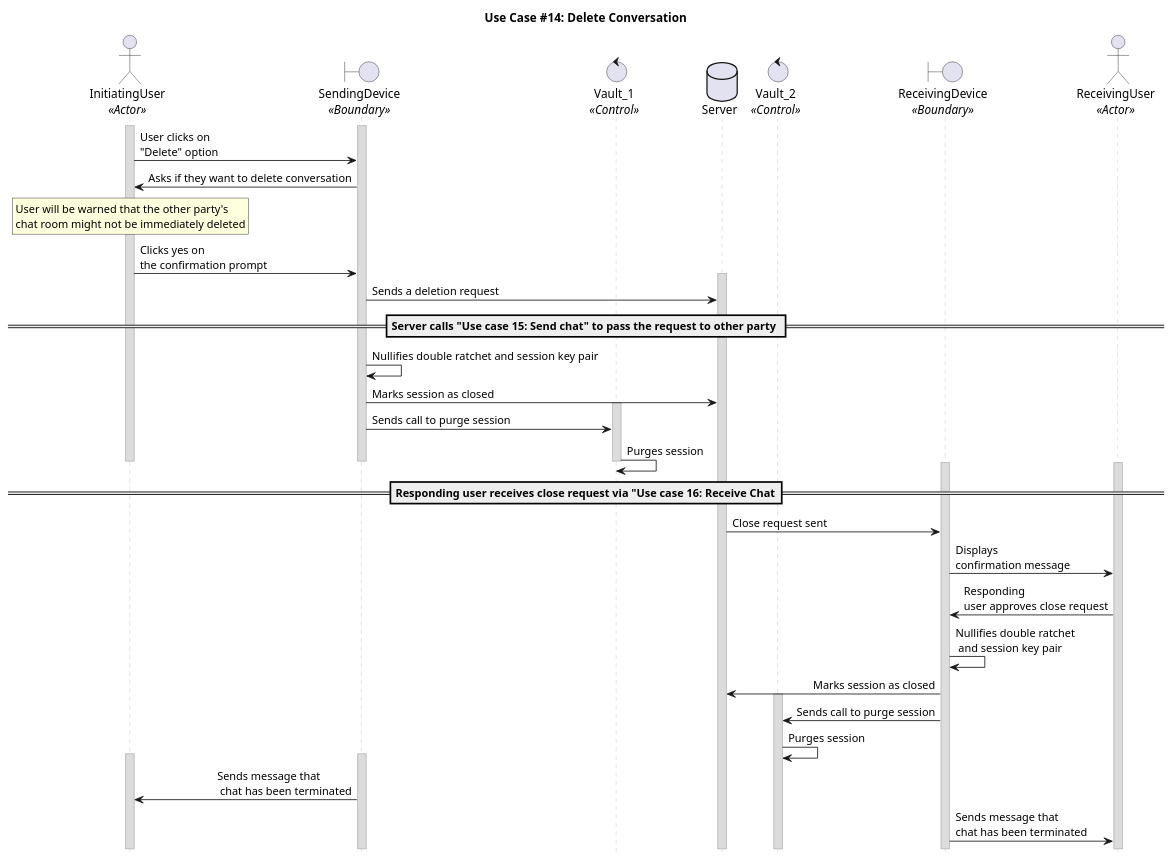
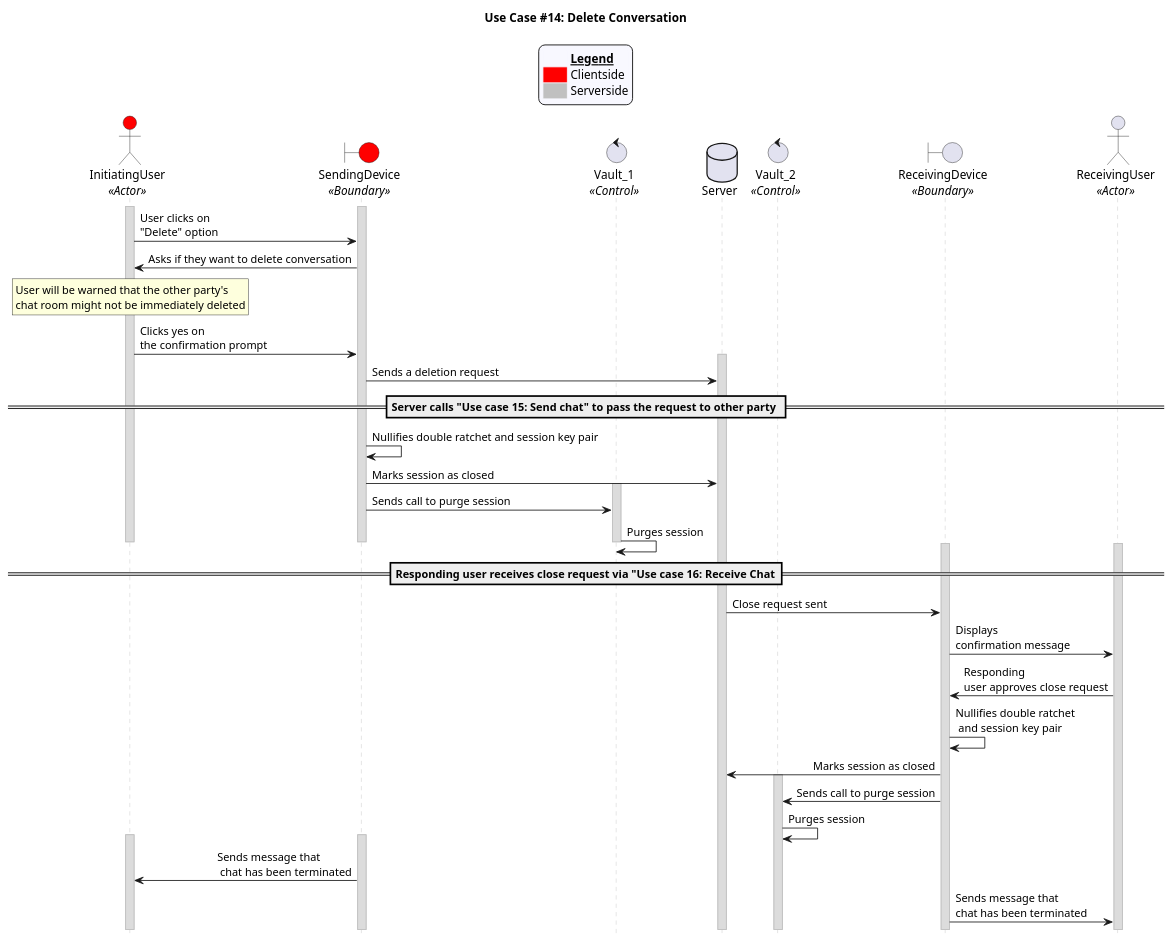
Before and after one commit to CECS-491-SP24-Group-1/seq-diagrams: the diagram in uc_14.puml, drawn with PlantUML. The commit also changed 3 other files, not shown here.

```diff
--- a/uc_14.puml
+++ b/uc_14.puml
@@ -2,74 +2,86 @@
 @startuml uc14
 title "Use Case #14: Delete Conversation"
 
 'Styling goes here
 hide footbox
 skinparam stereotypePosition bottom
 skinparam sequenceMessageAlign direction
 skinparam sequence {
 	LifeLineBorderColor #Silver
 	LifeLineBackgroundColor #Gainsboro
 }
 
+'Add a legend plus styling
+skinparam legend {
+	backgroundColor #GhostWhite
+	entrySeparator #GhostWhite
+}
+
+legend top
+	<#GhostWhite,#GhostWhite>|	|= __Legend__ |
+	|<#red> | Clientside|
+	|<#silver> | Serverside|
+endlegend
+
 'Setup the objects involved here
-Actor InitiatingUser as IUser <<Actor>>
-boundary SendingDevice as d1 <<Boundary>>
+Actor InitiatingUser as IUser <<Actor>> #red
+boundary SendingDevice as d1 <<Boundary>> #red
 control Vault_1 as v1 <<Control>>
 database Server as Server
 
 control Vault_2 as v2<<Control>>
 boundary ReceivingDevice as d2 <<Boundary>>
 Actor ReceivingUser as RUser <<Actor>>
 
 
 
 'Setup persistent objects here
 activate IUser
 activate d1
 
 '--- FLOW OF CONTROL STARTS HERE ---
 IUser -> d1 : User clicks on \n"Delete" option
 d1 -> IUser : Asks if they want to delete conversation
 
 rnote over IUser
 User will be warned that the other party's 
 chat room might not be immediately deleted
 endrnote
 
 IUser -> d1: Clicks yes on \nthe confirmation prompt
 activate Server
 d1 -> Server: Sends a deletion request 
 
 ==Server calls "Use case 15: Send chat" to pass the request to other party ==
 
 d1 -> d1: Nullifies double ratchet and session key pair
 d1 -> Server: Marks session as closed
 activate v1
 d1 -> v1 : Sends call to purge session
 v1 -> v1: Purges session 
 
 deactivate IUser
 deactivate d1
 deactivate v1
 ==Responding user receives close request via "Use case 16: Receive Chat==
 
 'Receiving user activation
 activate RUser
 activate d2
 
 Server -> d2: Close request sent
 d2-> RUser: Displays \nconfirmation message
 RUser -> d2 : Responding \nuser approves close request
 d2 -> d2: Nullifies double ratchet\n and session key pair
 d2 -> Server: Marks session as closed
 activate v2
 d2 -> v2: Sends call to purge session 
 v2 -> v2: Purges session
 
 activate IUser
 activate d1
 d1 -> IUser: Sends message that\n chat has been terminated
 d2 -> RUser: Sends message that\nchat has been terminated
 '--- FLOW OF CONTROL ENDS HERE   ---
 
 @enduml
```
